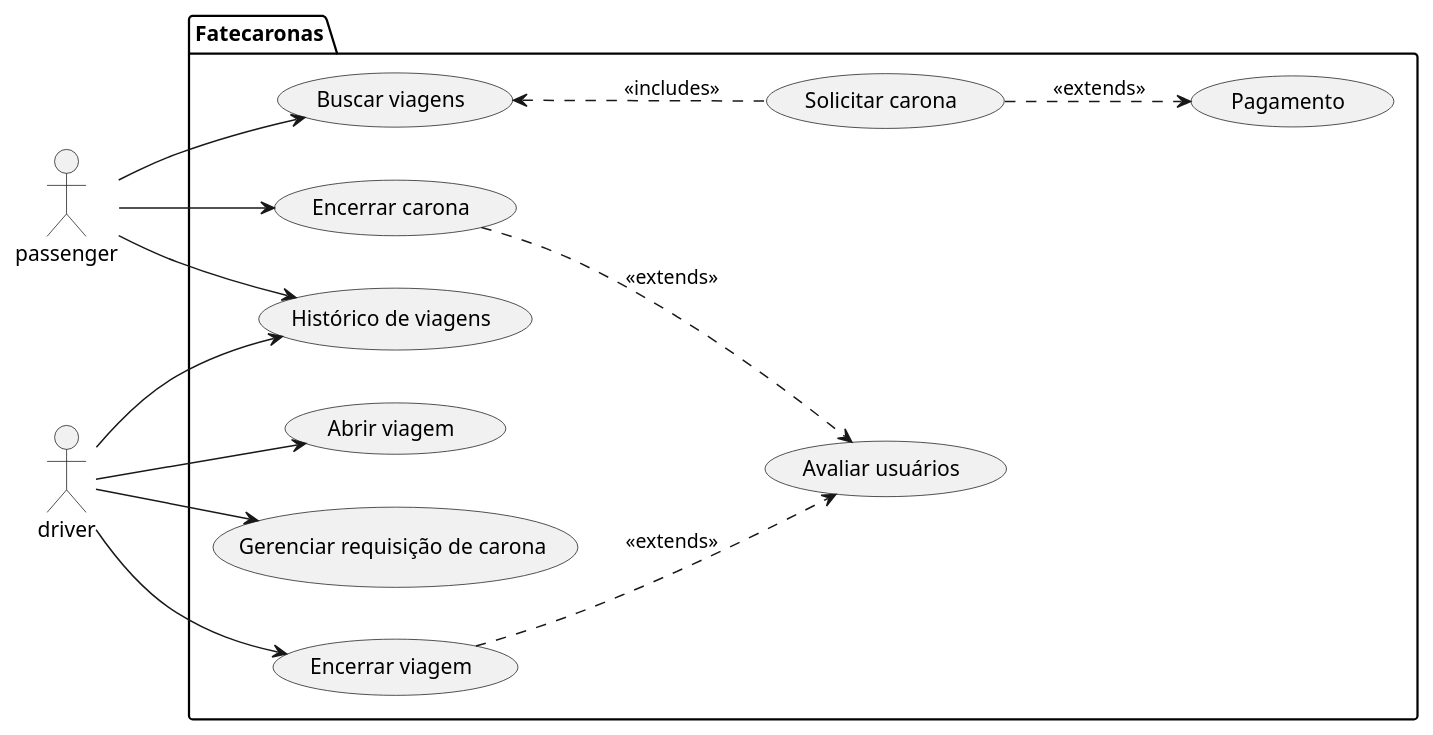
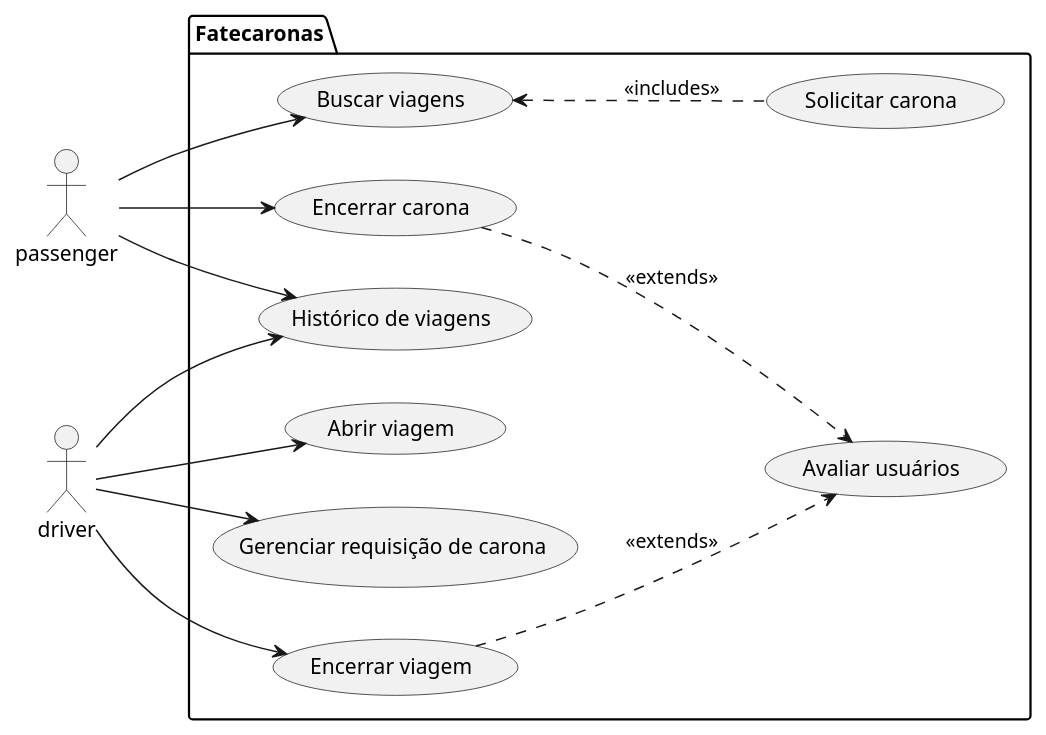
The diagram in uses_cases_fatecaronas.puml (Vinicius0607/ProjetoES2), drawn with PlantUML before and after one commit.

Commit message:
fix: remove non functional use case

```diff
--- a/uses_cases_fatecaronas.puml
+++ b/uses_cases_fatecaronas.puml
@@ -1,34 +1,32 @@
 @startuml Fatecaronas
 left to right direction
 
 ' Actors
 actor passenger as p
 actor driver as d
 
 package "Fatecaronas" {
     ' Usecases
     usecase "Buscar viagens" as UC1
     usecase "Solicitar carona" as UC2
     usecase "Encerrar carona" as UC3
-    usecase "Pagamento" as UC4
     usecase "Histórico de viagens" as UC5
     usecase "Avaliar usuários" as UC6
     usecase "Abrir viagem" as UC7
     usecase "Gerenciar requisição de carona" as UC8
     usecase "Encerrar viagem" as UC9
 }
 
 ' Relations
 p --> UC1
 p --> UC3
 p --> UC5
 UC1 <.. UC2: <<includes>>
-UC2 ..> UC4: <<extends>>
 UC3 ..> UC6: <<extends>>
 UC9 ..> UC6: <<extends>>
 d --> UC7
 d --> UC8
 d --> UC9
 d --> UC5
 
 @enduml
```
